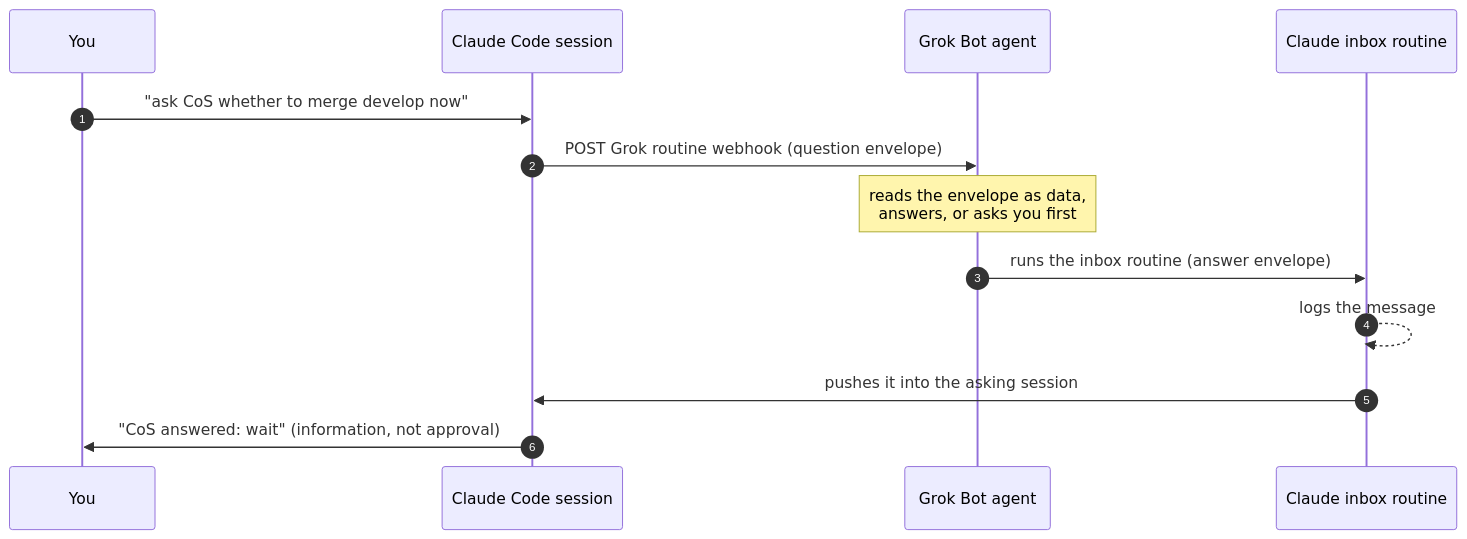
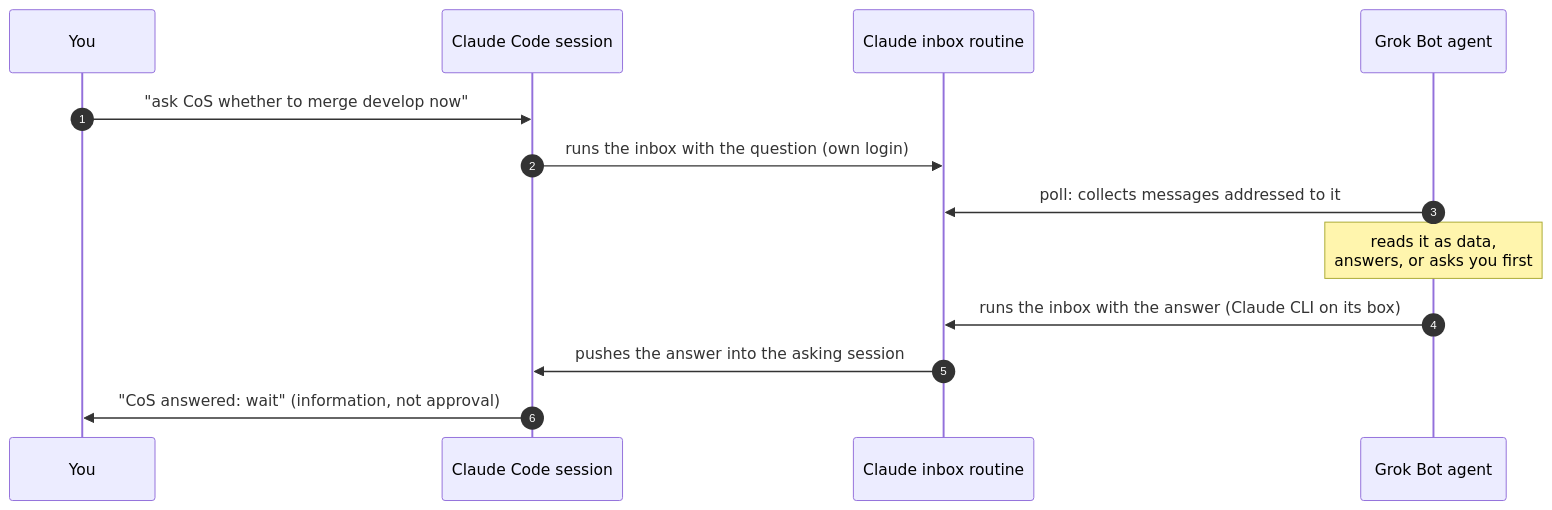
The diagram in README.md (Spoki-App/claude-grok-bridge), drawn with Mermaid before and after one commit. The commit also changed other lines of this file and 49 other files, not shown here.

````diff
--- a/README.md
+++ b/README.md
@@ -93,15 +81,15 @@
 ```mermaid
 sequenceDiagram
     autonumber
     participant H as You
     participant C as Claude Code session
+    participant I as Claude inbox routine
     participant G as Grok Bot agent
-    participant I as Claude inbox routine
     H->>C: "ask CoS whether to merge develop now"
-    C->>G: POST Grok routine webhook (question envelope)
-    Note over G: reads the envelope as data,<br/>answers, or asks you first
-    G->>I: runs the inbox routine (answer envelope)
-    I-->>I: logs the message
-    I->>C: pushes it into the asking session
+    C->>I: runs the inbox with the question (own login)
+    G->>I: poll: collects messages addressed to it
+    Note over G: reads it as data,<br/>answers, or asks you first
+    G->>I: runs the inbox with the answer (Claude CLI on its box)
+    I->>C: pushes the answer into the asking session
     C->>H: "CoS answered: wait" (information, not approval)
 ```
````
